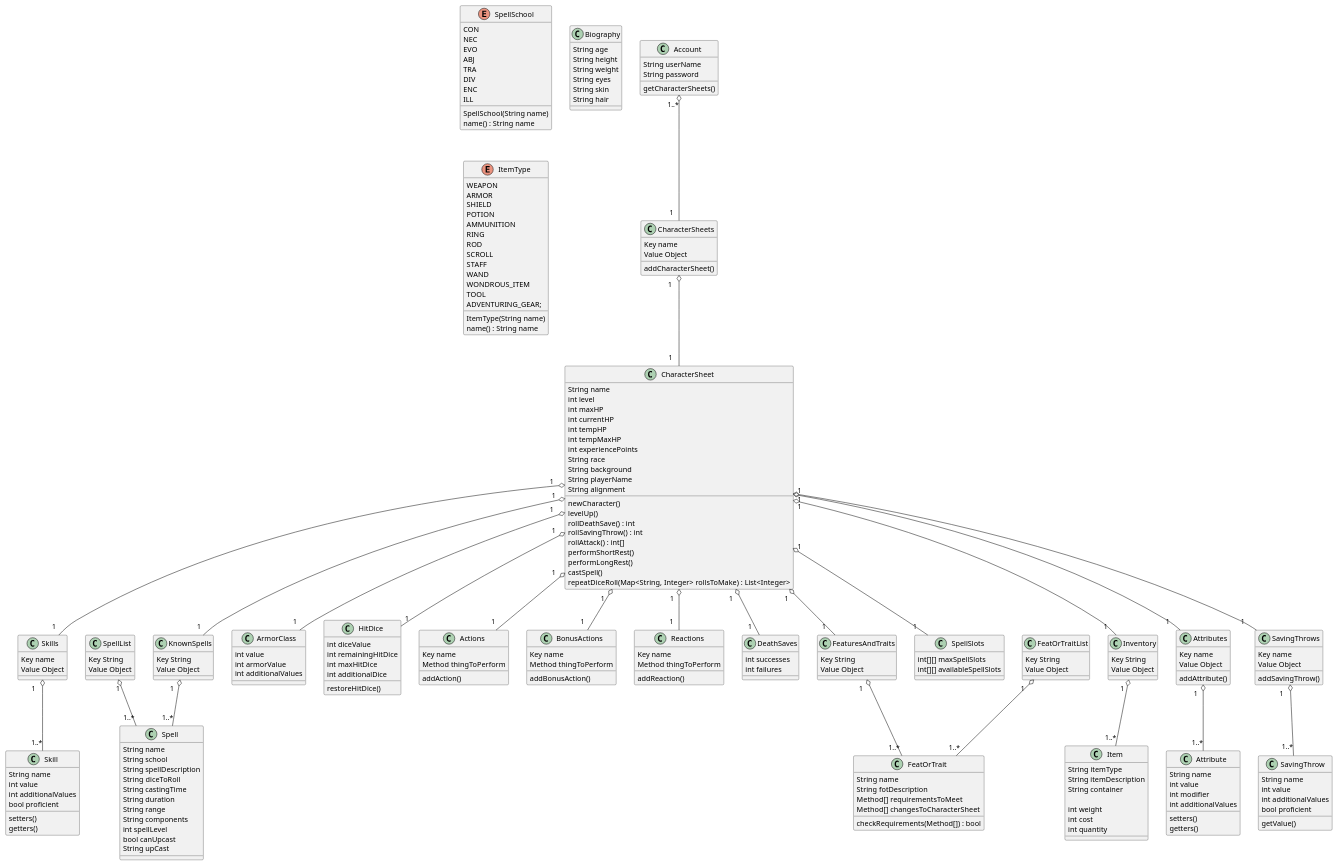
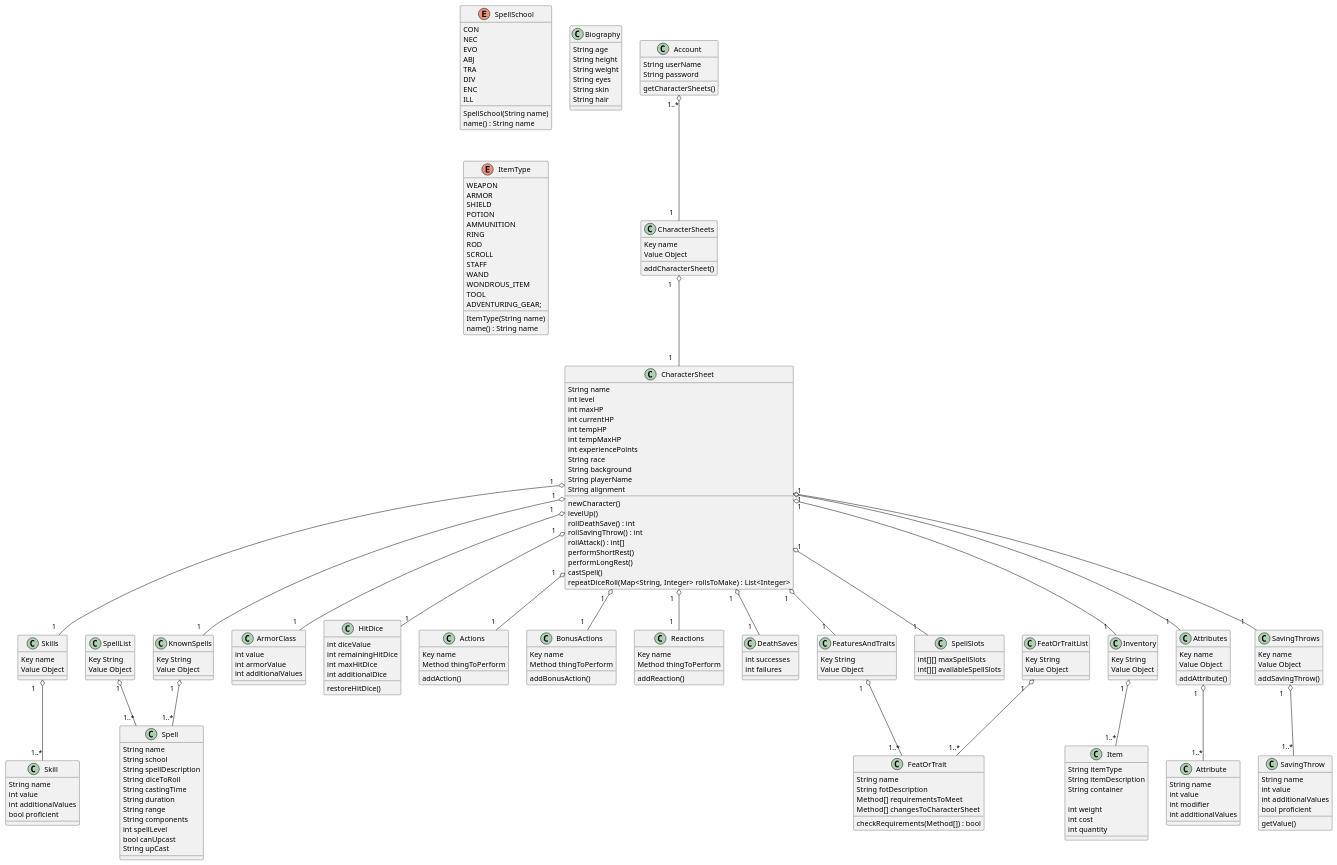
Before and after one commit to itsbett/Blindsight: the diagram in app/src/main/java/edu/uhcl/blindsight/CharacterSheet.puml, drawn with PlantUML.

Commit message:
Corrected UML Diagram

```diff
--- a/app/src/main/java/edu/uhcl/blindsight/CharacterSheet.puml
+++ b/app/src/main/java/edu/uhcl/blindsight/CharacterSheet.puml
@@ -92,8 +92,6 @@
 int modifier
 int additionalValues
 
-setters()
-getters()
 }
 
 class Attributes {
@@ -129,8 +127,6 @@
 int additionalValues
 bool proficient
 
-setters()
-getters()
 }
 
 class HitDice {
```
